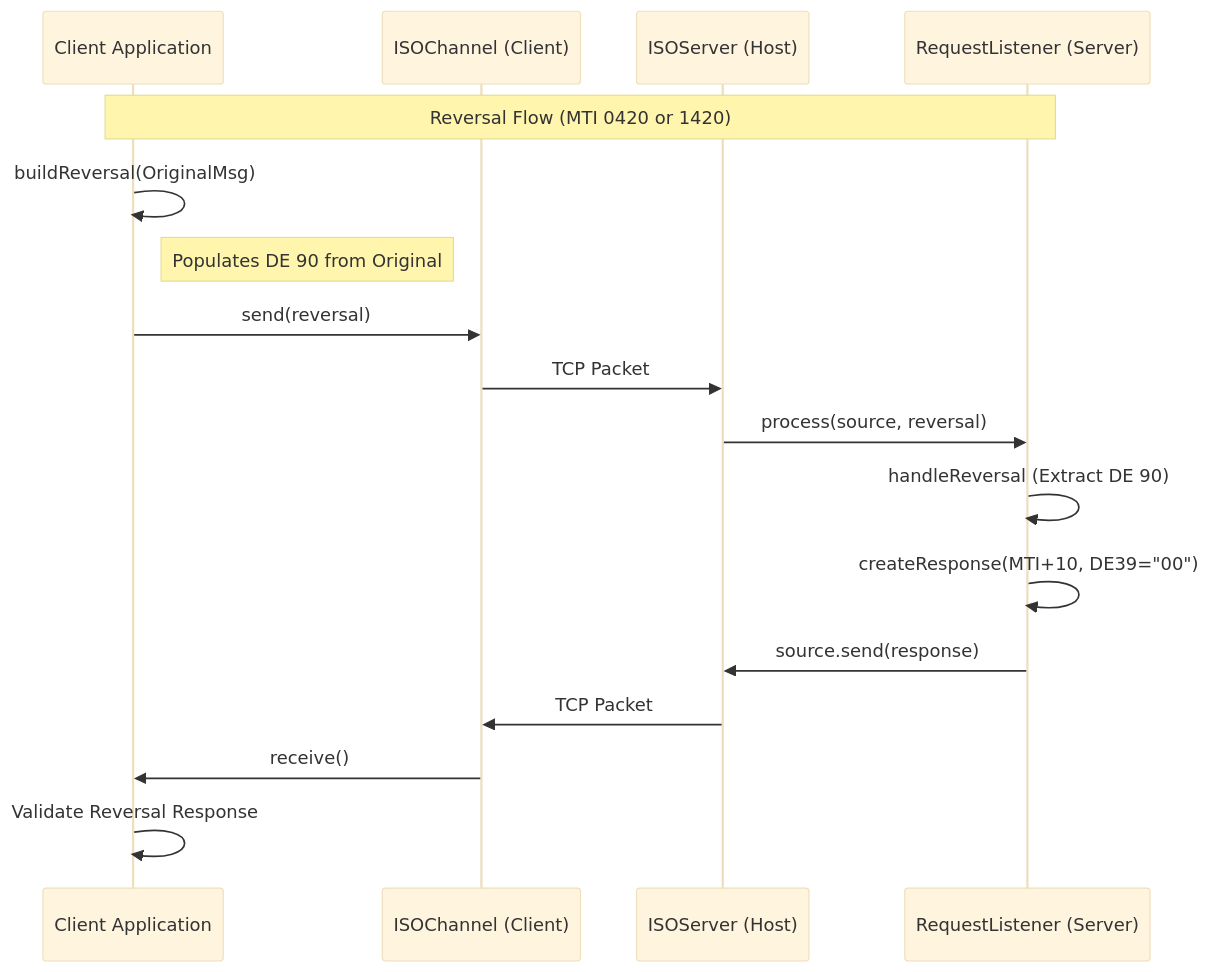
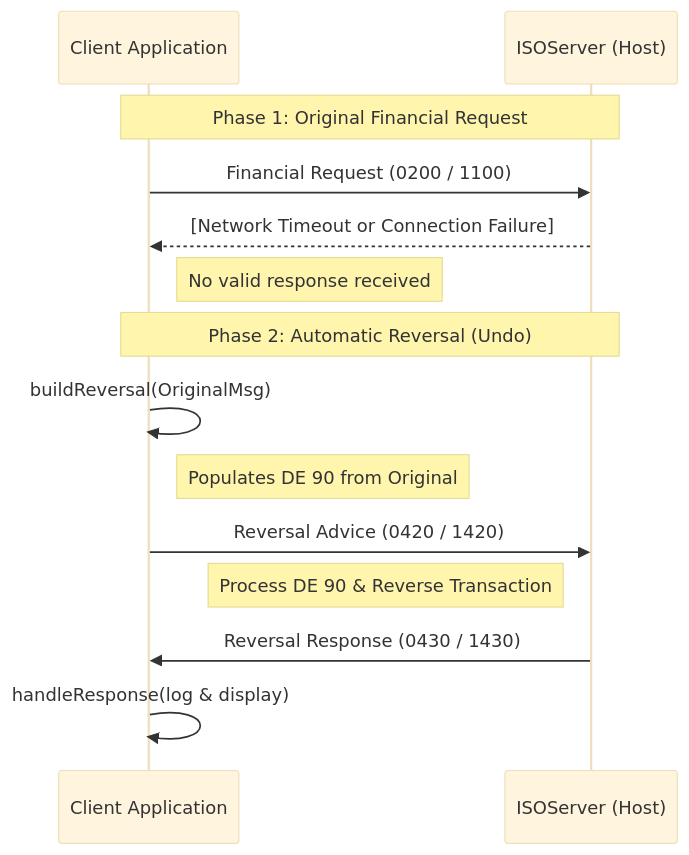
The third of 3 diagrams in walkthrough.md (prem-pranav/jpos-simulator), drawn with Mermaid (base theme) before and after one commit. The commit also changed other lines of this file, not shown here.

Commit message:
Simplified transaction flow diagrams

````diff
--- a/walkthrough.md
+++ b/walkthrough.md
@@ -112,23 +85,22 @@
 ```mermaid
 sequenceDiagram
     participant C as Client Application
-    participant CH as ISOChannel (Client)
     participant S as ISOServer (Host)
-    participant L as RequestListener (Server)
 
-    Note over C, L: Reversal Flow (MTI 0420 or 1420)
+    Note over C, S: Phase 1: Original Financial Request
+
+    C->>S: Financial Request (0200 / 1100)
+    S-->>C: [Network Timeout or Connection Failure]
+    Note right of C: No valid response received
+
+    Note over C, S: Phase 2: Automatic Reversal (Undo)
 
     C->>C: buildReversal(OriginalMsg)
     Note right of C: Populates DE 90 from Original
-    C->>CH: send(reversal)
-    CH->>S: TCP Packet
-    S->>L: process(source, reversal)
+    C->>S: Reversal Advice (0420 / 1420)
     
-    L->>L: handleReversal (Extract DE 90)
-    L->>L: createResponse(MTI+10, DE39="00")
+    Note left of S: Process DE 90 & Reverse Transaction
+    S->>C: Reversal Response (0430 / 1430)
     
-    L->>S: source.send(response)
-    S->>CH: TCP Packet
-    CH->>C: receive()
-    C->>C: Validate Reversal Response
+    C->>C: handleResponse(log & display)
 ```
````
